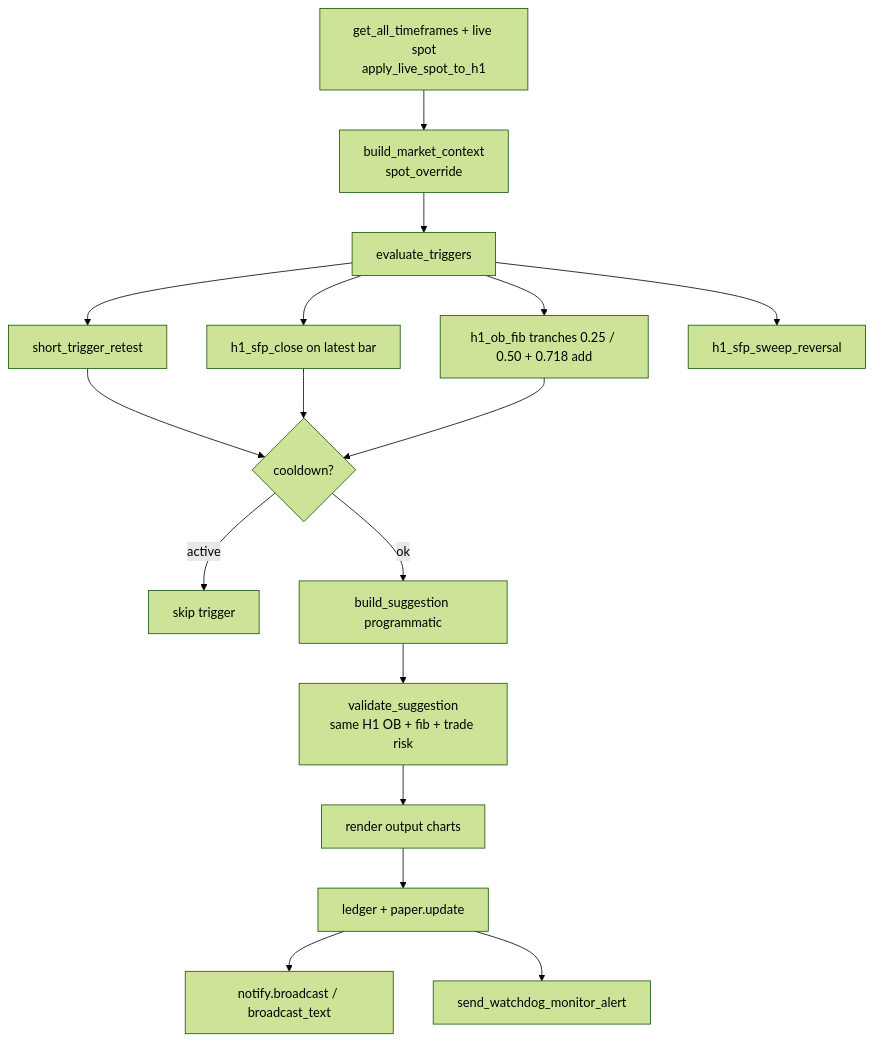
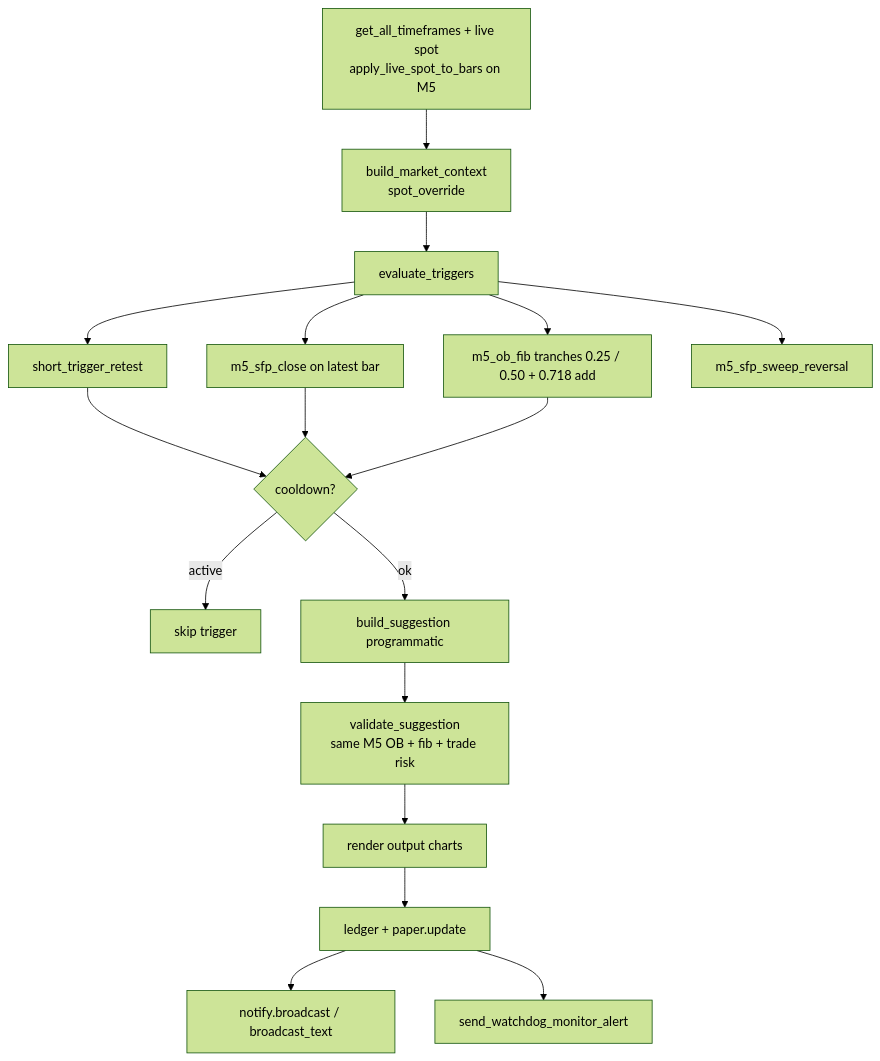
One commit to abagui11/eth-trading-bot changed the fourth of 6 diagrams in deploy/PROJECT_STATE.md. Above: the diagram before and after it, drawn with Mermaid (forest theme). The commit also changed other lines of this file and 40 other files, not shown here.

````diff
--- a/deploy/PROJECT_STATE.md
+++ b/deploy/PROJECT_STATE.md
@@ -136,21 +137,21 @@
 ```mermaid
 flowchart TD
-    WD1[get_all_timeframes + live spot<br/>apply_live_spot_to_h1] --> CTX2[build_market_context<br/>spot_override]
+    WD1[get_all_timeframes + live spot<br/>apply_live_spot_to_bars on M5] --> CTX2[build_market_context<br/>spot_override]
     CTX2 --> TRG[evaluate_triggers]
     TRG --> T1[short_trigger_retest]
-    TRG --> T2[h1_sfp_close on latest bar]
-    TRG --> T3[h1_ob_fib tranches 0.25 / 0.50 + 0.718 add]
-    TRG --> T4[h1_sfp_sweep_reversal]
+    TRG --> T2[m5_sfp_close on latest bar]
+    TRG --> T3[m5_ob_fib tranches 0.25 / 0.50 + 0.718 add]
+    TRG --> T4[m5_sfp_sweep_reversal]
 
     T1 --> CD{cooldown?}
     T2 --> CD
     T3 --> CD
     CD -->|active| WSKIP[skip trigger]
     CD -->|ok| BS[build_suggestion programmatic]
 
-    BS --> V2[validate_suggestion<br/>same H1 OB + fib + trade risk]
+    BS --> V2[validate_suggestion<br/>same M5 OB + fib + trade risk]
     V2 --> WCH[render output charts]
     WCH --> WLG[ledger + paper.update]
     WLG --> WBD[notify.broadcast / broadcast_text]
     WLG --> WAL[send_watchdog_monitor_alert]
 ```
````
